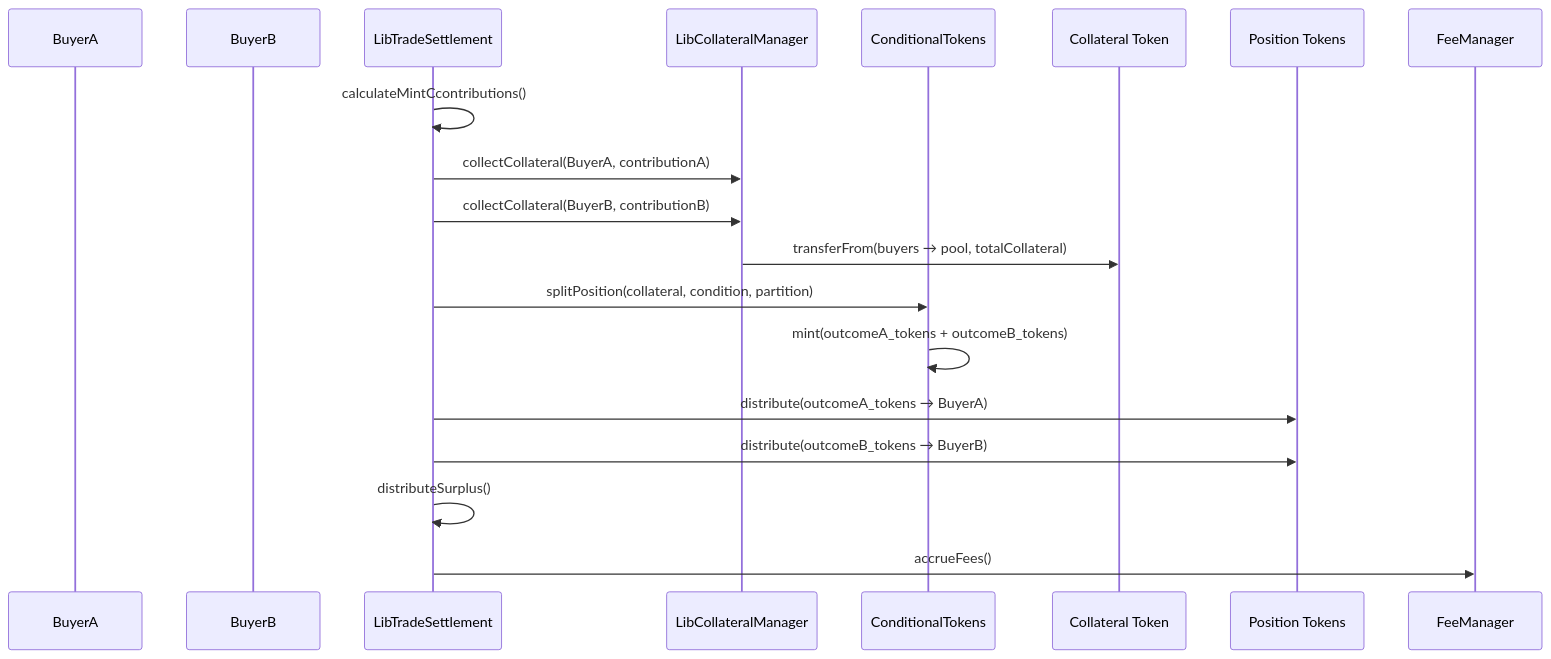
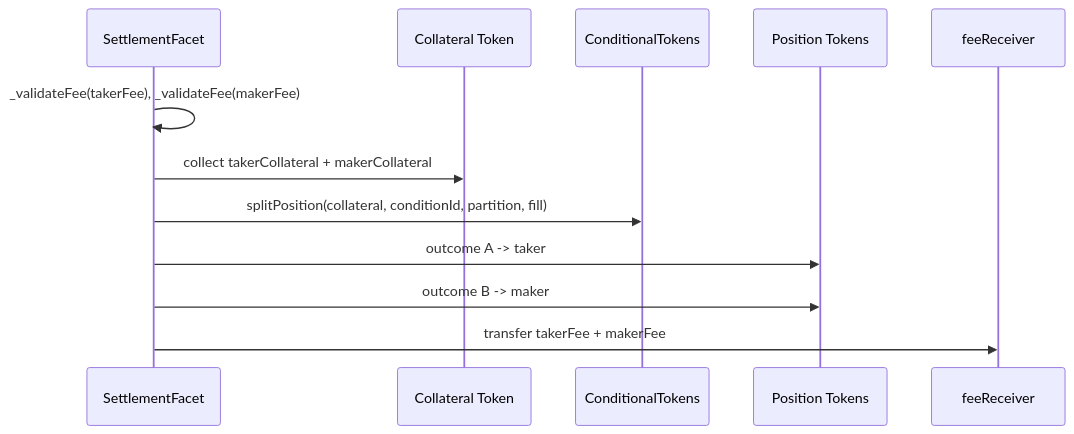
Before and after one commit to Doefin/doefin-v2: the third of 4 diagrams in docs/flows/SETTLEMENT_FLOW.md, drawn with Mermaid. The commit also changed other lines of this file and 8 other files, not shown here.

First line of the commit message:
docs: refresh architecture and flow docs for v3 contract state

````diff
--- a/docs/flows/SETTLEMENT_FLOW.md
+++ b/docs/flows/SETTLEMENT_FLOW.md
@@ -173,24 +118,15 @@
 ```mermaid
 sequenceDiagram
-    participant BuyerA
-    participant BuyerB
-    participant Settlement as LibTradeSettlement
-    participant CollateralMgr as LibCollateralManager
+    participant Settlement as SettlementFacet
+    participant ERC20 as Collateral Token
     participant CTF as ConditionalTokens
-    participant ERC20 as Collateral Token
     participant ERC1155 as Position Tokens
-    
-    Settlement->>Settlement: calculateMintCcontributions()
-    Settlement->>CollateralMgr: collectCollateral(BuyerA, contributionA)
-    Settlement->>CollateralMgr: collectCollateral(BuyerB, contributionB)
-    CollateralMgr->>ERC20: transferFrom(buyers → pool, totalCollateral)
-    
-    Settlement->>CTF: splitPosition(collateral, condition, partition)
-    CTF->>CTF: mint(outcomeA_tokens + outcomeB_tokens)
-    
-    Settlement->>ERC1155: distribute(outcomeA_tokens → BuyerA)
-    Settlement->>ERC1155: distribute(outcomeB_tokens → BuyerB)
-    
-    Settlement->>Settlement: distributeSurplus()
-    Settlement->>FeeManager: accrueFees()
+    participant Fee as feeReceiver
+
+    Settlement->>Settlement: _validateFee(takerFee), _validateFee(makerFee)
+    Settlement->>ERC20: collect takerCollateral + makerCollateral
+    Settlement->>CTF: splitPosition(collateral, conditionId, partition, fill)
+    Settlement->>ERC1155: outcome A -> taker
+    Settlement->>ERC1155: outcome B -> maker
+    Settlement->>Fee: transfer takerFee + makerFee
 ```
````
